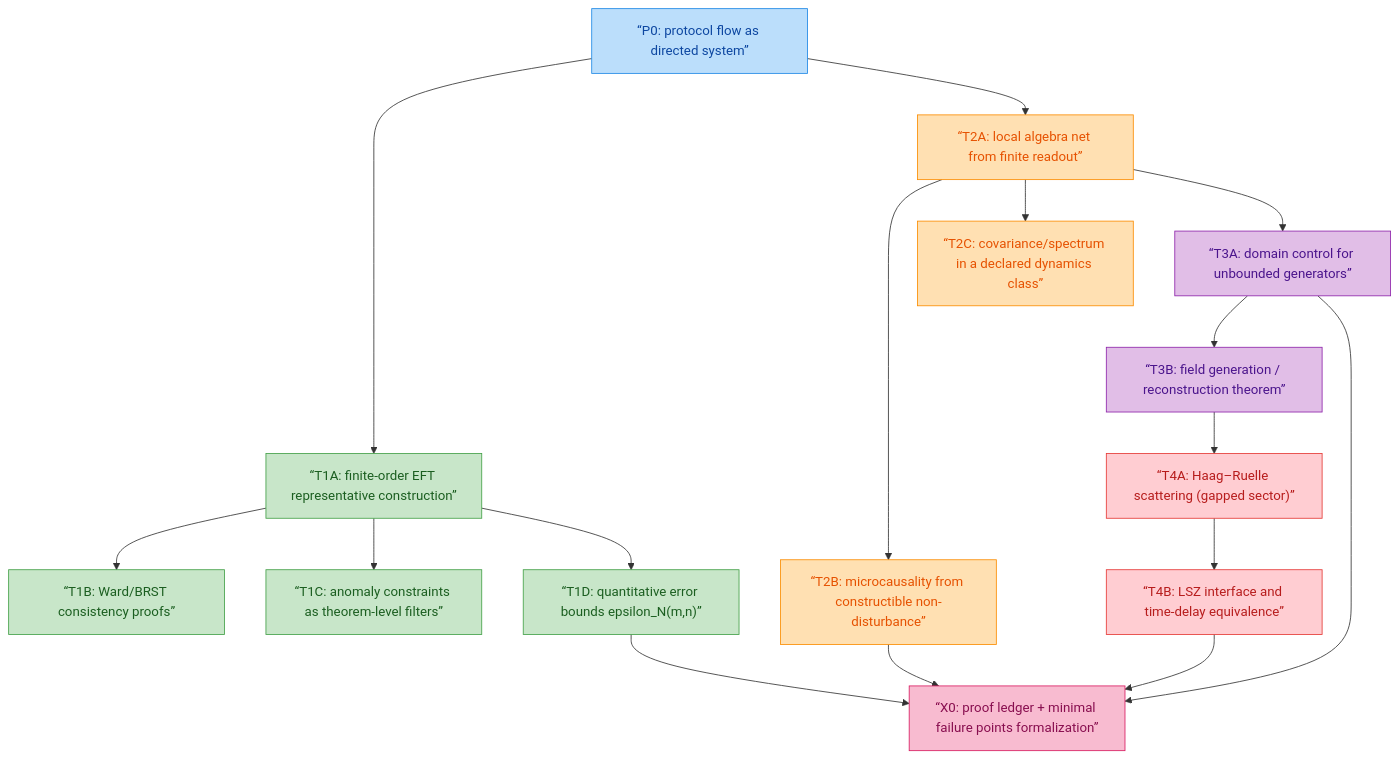
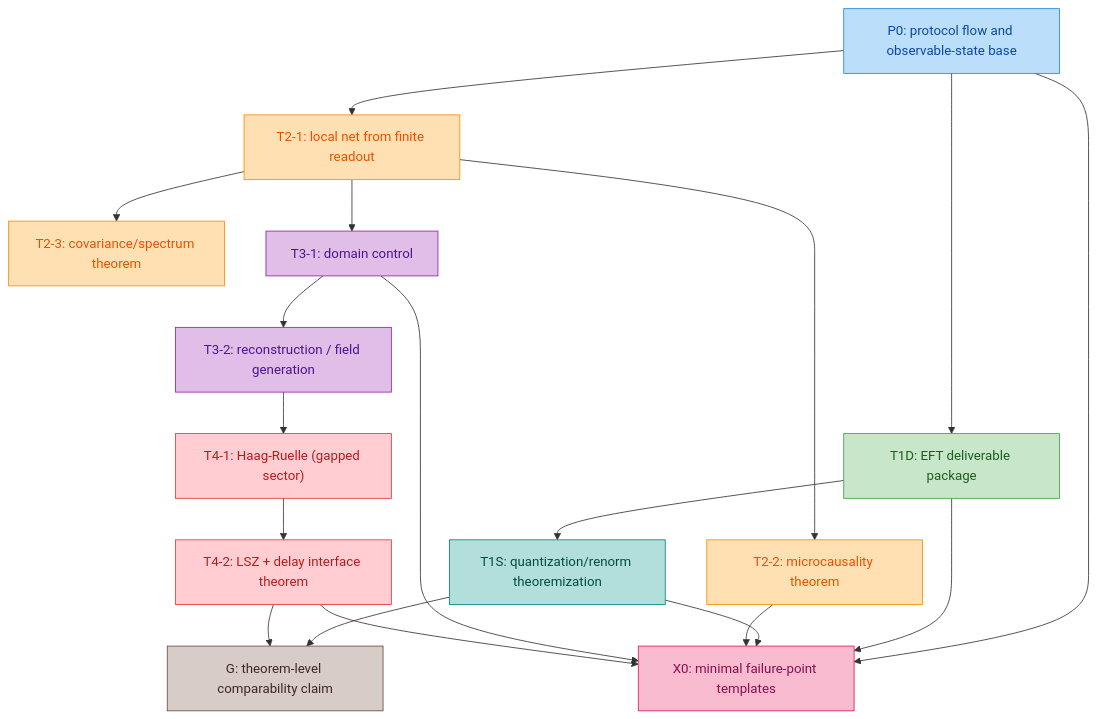
Before and after one commit to loning/the-omega: the second of 2 diagrams in docs/papers/2025_z128_standard_model_stable_sector_hpa_omega/theory_closure_tracker.md, drawn with Mermaid. The commit also changed other lines of this file and 7 other files, not shown here.

First line of the commit message:
Add new appendices for EFT representative construction, anomaly consistency, and error bounds

````diff
--- a/docs/papers/2025_z128_standard_model_stable_sector_hpa_omega/theory_closure_tracker.md
+++ b/docs/papers/2025_z128_standard_model_stable_sector_hpa_omega/theory_closure_tracker.md
@@ -472,40 +487,49 @@
 ```mermaid
 flowchart TD
-  %% Level T1: EFT theorem closure
-  P0["“P0: protocol flow as directed system”"] --> T1A["“T1A: finite-order EFT representative construction”"]
-  T1A --> T1B["“T1B: Ward/BRST consistency proofs”"]
-  T1A --> T1C["“T1C: anomaly constraints as theorem-level filters”"]
-  T1A --> T1D["“T1D: quantitative error bounds epsilon_N(m,n)”"]
+  %% Foundations
+  P0["P0: protocol flow and observable-state base"] --> T1D["T1D: EFT deliverable package"]
+  P0 --> T2A["T2-1: local net from finite readout"]
 
-  %% Level T2: AQFT net closure
-  P0 --> T2A["“T2A: local algebra net from finite readout”"]
-  T2A --> T2B["“T2B: microcausality from constructible non-disturbance”"]
-  T2A --> T2C["“T2C: covariance/spectrum in a declared dynamics class”"]
+  %% EFT strong closure requires deliverables + quantization/renorm theoremization
+  T1D --> T1S["T1S: quantization/renorm theoremization"]
 
-  %% Level T3: Wightman bridge
-  T2A --> T3A["“T3A: domain control for unbounded generators”"]
-  T3A --> T3B["“T3B: field generation / reconstruction theorem”"]
+  %% AQFT chain
+  T2A --> T2B["T2-2: microcausality theorem"]
+  T2A --> T2C["T2-3: covariance/spectrum theorem"]
 
-  %% Level T4: scattering
-  T3B --> T4A["“T4A: Haag–Ruelle scattering (gapped sector)”"]
-  T4A --> T4B["“T4B: LSZ interface and time-delay equivalence”"]
+  %% Bridge and scattering
+  T2A --> T3A["T3-1: domain control"]
+  T3A --> T3B["T3-2: reconstruction / field generation"]
+  T3B --> T4A["T4-1: Haag-Ruelle (gapped sector)"]
+  T4A --> T4B["T4-2: LSZ + delay interface theorem"]
 
-  %% Parallel cross-cutting infrastructure
-  T1D --> X0["“X0: proof ledger + minimal failure points formalization”"]
+  %% Cross-cutting failure-point normalization
+  P0 --> X0["X0: minimal failure-point templates"]
+  T1D --> X0
+  T1S --> X0
   T2B --> X0
   T3A --> X0
   T4B --> X0
 
+  %% Milestone for "SM-equivalence"-style claims (requires both EFT-strong and scattering chain)
+  T1S --> G["G: theorem-level comparability claim"]
+  T4B --> G
+
   classDef p fill:#BBDEFB,stroke:#1E88E5,color:#0D47A1;
-  classDef t1 fill:#C8E6C9,stroke:#43A047,color:#1B5E20;
+  classDef d fill:#C8E6C9,stroke:#43A047,color:#1B5E20;
+  classDef s fill:#B2DFDB,stroke:#00897B,color:#004D40;
   classDef t2 fill:#FFE0B2,stroke:#FB8C00,color:#E65100;
   classDef t3 fill:#E1BEE7,stroke:#8E24AA,color:#4A148C;
   classDef t4 fill:#FFCDD2,stroke:#E53935,color:#B71C1C;
   classDef x fill:#F8BBD0,stroke:#D81B60,color:#880E4F;
+  classDef g fill:#D7CCC8,stroke:#6D4C41,color:#3E2723;
+
   class P0 p;
-  class T1A,T1B,T1C,T1D t1;
+  class T1D d;
+  class T1S s;
   class T2A,T2B,T2C t2;
   class T3A,T3B t3;
   class T4A,T4B t4;
   class X0 x;
+  class G g;
 ```
````
